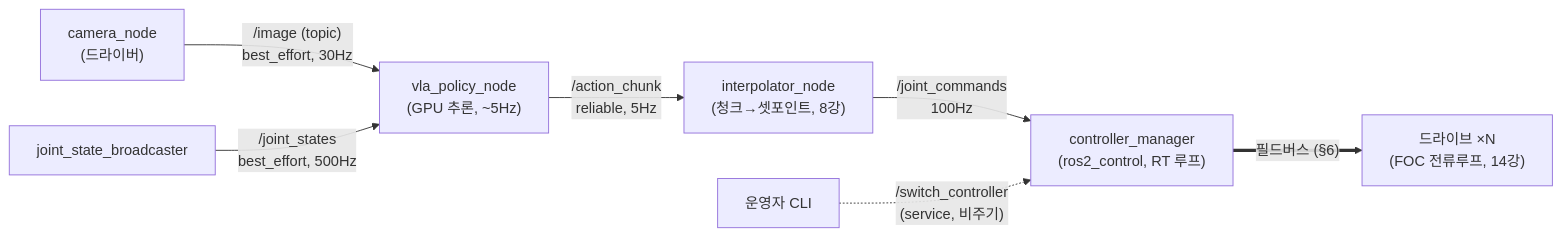
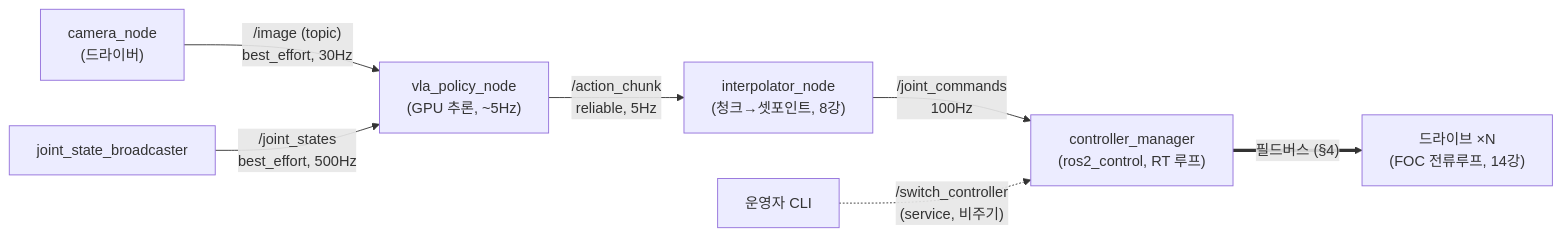
One commit to HPaper/physical-ai-curriculum changed the first of 2 diagrams in part14-system-integration/lec58-robot-software-stack.md. Above: the diagram before and after it, drawn with Mermaid. The commit also changed other lines of this file and 40 other files, not shown here.

````diff
--- a/part14-system-integration/lec58-robot-software-stack.md
+++ b/part14-system-integration/lec58-robot-software-stack.md
@@ -57,9 +57,9 @@
 ```mermaid
 graph LR
     cam["camera_node<br/>(드라이버)"] -- "/image (topic)<br/>best_effort, 30Hz" --> pol["vla_policy_node<br/>(GPU 추론, ~5Hz)"]
     jsb["joint_state_broadcaster"] -- "/joint_states<br/>best_effort, 500Hz" --> pol
     pol -- "/action_chunk<br/>reliable, 5Hz" --> itp["interpolator_node<br/>(청크→셋포인트, 8강)"]
     itp -- "/joint_commands<br/>100Hz" --> cm["controller_manager<br/>(ros2_control, RT 루프)"]
-    cm == "필드버스 (§6)" ==> drv["드라이브 ×N<br/>(FOC 전류루프, 14강)"]
+    cm == "필드버스 (§4)" ==> drv["드라이브 ×N<br/>(FOC 전류루프, 14강)"]
     op["운영자 CLI"] -. "/switch_controller<br/>(service, 비주기)" .-> cm
 ```
````
